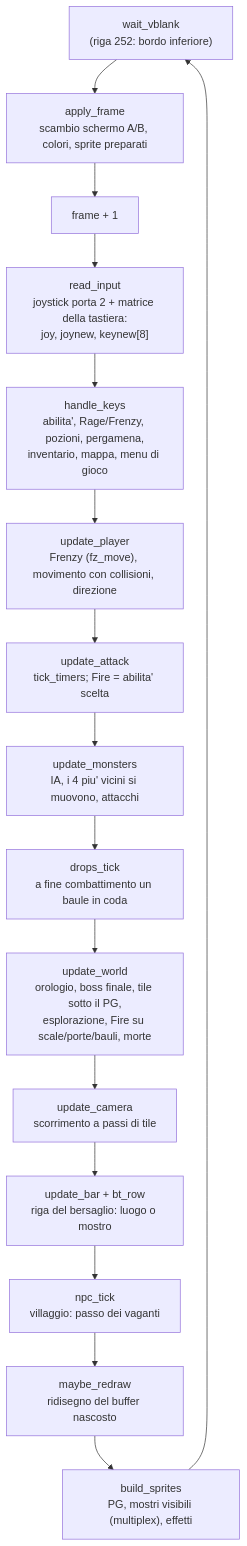
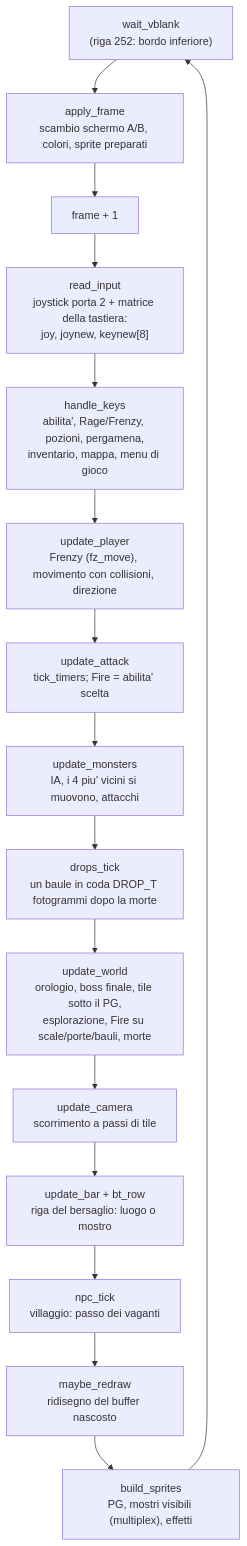
The third of 18 diagrams in docs/wiki/flussi.md (caporalesimone/barbarian-the-blood-path), drawn with Mermaid before and after one commit. The commit also changed other lines of this file and 9 other files, not shown here.

````diff
--- a/docs/wiki/flussi.md
+++ b/docs/wiki/flussi.md
@@ -82,17 +82,17 @@
 ```mermaid
 flowchart TD
     W["wait_vblank<br/>(riga 252: bordo inferiore)"] --> AF["apply_frame<br/>scambio schermo A/B, colori, sprite preparati"]
     AF --> FR["frame + 1"] --> RI["read_input<br/>joystick porta 2 + matrice della tastiera:<br/>joy, joynew, keynew[8]"]
     RI --> HK["handle_keys<br/>abilita', Rage/Frenzy, pozioni, pergamena,<br/>inventario, mappa, menu di gioco"]
     HK --> UP["update_player<br/>Frenzy (fz_move), movimento con collisioni, direzione"]
     UP --> UA["update_attack<br/>tick_timers; Fire = abilita' scelta"]
     UA --> UM["update_monsters<br/>IA, i 4 piu' vicini si muovono, attacchi"]
-    UM --> DT["drops_tick<br/>a fine combattimento un baule in coda"]
+    UM --> DT["drops_tick<br/>un baule in coda DROP_T fotogrammi dopo la morte"]
     DT --> UW["update_world<br/>orologio, boss finale, tile sotto il PG,<br/>esplorazione, Fire su scale/porte/bauli, morte"]
     UW --> UC["update_camera<br/>scorrimento a passi di tile"]
     UC --> UB["update_bar + bt_row<br/>riga del bersaglio: luogo o mostro"]
     UB --> NT["npc_tick<br/>villaggio: passo dei vaganti"]
     NT --> MR["maybe_redraw<br/>ridisegno del buffer nascosto"]
     MR --> BS["build_sprites<br/>PG, mostri visibili (multiplex), effetti"]
     BS --> W
 ```
````
